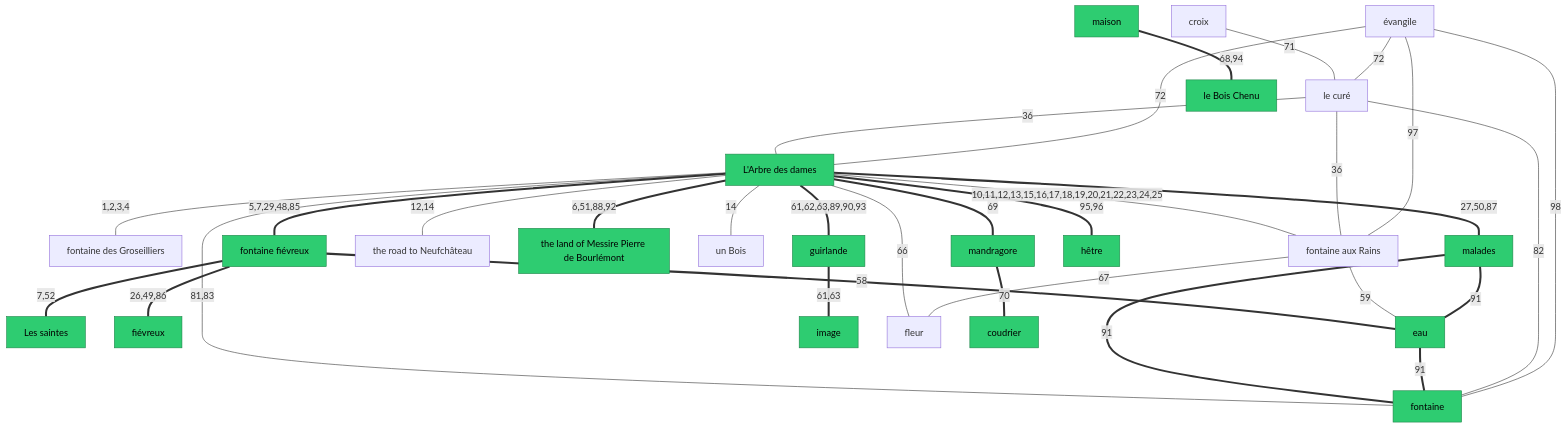
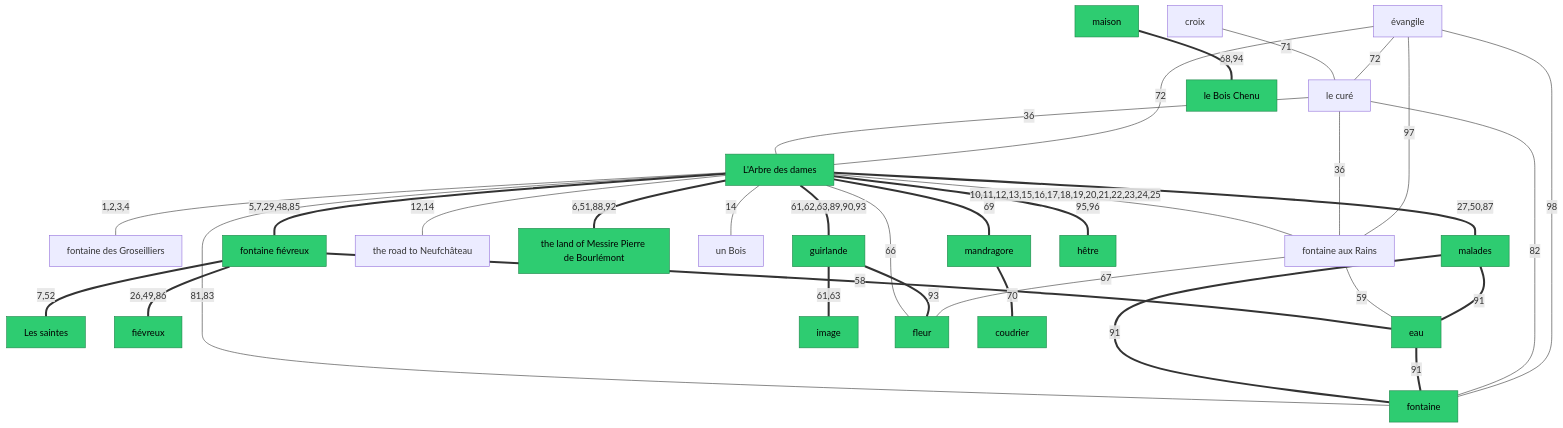
Before and after one commit to kitty-catt/the-location-of-the-arbre-des-dames-and-the-spring-of-joan-of-arc: the diagram in breakout/combined.md, drawn with Mermaid. The commit also changed other lines of this file and 1 other file, not shown here.

````diff
--- a/breakout/combined.md
+++ b/breakout/combined.md
@@ -585,62 +642,63 @@
 ```mermaid
 graph TD
     classDef jeanneSourced fill:#2ecc71,stroke:#1e8449,color:#000;
 
     N1["L'Arbre des dames"]
     N3["fontaine des Groseilliers"]
     N4["fontaine fiévreux"]
     N5["fontaine aux Rains"]
     N6["the road to Neufchâteau"]
     N7["the land of Messire Pierre de Bourlémont"]
     N8["un Bois"]
     N9["Les saintes"]
     N10["fiévreux"]
     N11["malades"]
     N13["le curé"]
     N19["fontaine"]
     N24["eau"]
     N26["guirlande"]
     N27["image"]
     N29["fleur"]
     N30["maison"]
     N31["mandragore"]
     N32["coudrier"]
     N33["croix"]
     N34["évangile"]
     N36["le Bois Chenu"]
     N38["hêtre"]
 
     N1 -- "1,2,3,4" --- N3
     N1 == "5,7,29,48,85" === N4
     N1 == "6,51,88,92" === N7
     N4 == "7,52" === N9
     N4 == "26,49,86" === N10
     N1 == "27,50,87" === N11
     N1 -- "10,11,12,13,15,16,17,18,19,20,21,22,23,24,25" --- N5
     N1 -- "12,14" --- N6
     N1 -- "14" --- N8
     N1 -- "81,83" --- N19
     N4 == "58" === N24
     N5 -- "59" --- N24
     N1 == "61,62,63,89,90,93" === N26
     N26 == "61,63" === N27
     N1 -- "66" --- N29
+    N26 == "93" === N29
     N5 -- "67" --- N29
     N30 == "68,94" === N36
     N1 == "69" === N31
     N31 == "70" === N32
     N11 == "91" === N19
     N24 == "91" === N19
     N11 == "91" === N24
     N13 -- "36" --- N1
     N13 -- "36" --- N5
     N13 -- "82" --- N19
     N33 -- "71" --- N13
     N34 -- "72" --- N1
     N34 -- "72" --- N13
     N34 -- "97" --- N5
     N34 -- "98" --- N19
     N1 == "95,96" === N38
 
-    class N1,N4,N7,N9,N10,N11,N19,N24,N26,N27,N30,N31,N32,N36,N38 jeanneSourced
+    class N1,N4,N7,N9,N10,N11,N19,N24,N26,N27,N29,N30,N31,N32,N36,N38 jeanneSourced
 ```
````
